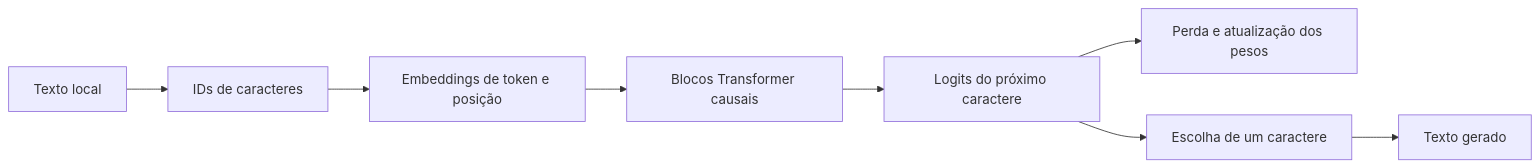
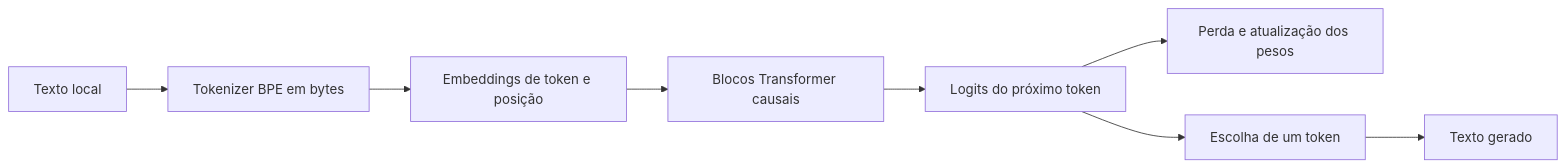
The diagram in README.md (MorningloryFox/LLM-From-Scratch), drawn with Mermaid before and after one commit. The commit also changed other lines of this file and 138 other files, not shown here.

````diff
--- a/README.md
+++ b/README.md
@@ -31,10 +33,10 @@
 ```mermaid
 flowchart LR
-    A[Texto local] --> B[IDs de caracteres]
+    A[Texto local] --> B[Tokenizer BPE em bytes]
     B --> C[Embeddings de token e posição]
     C --> D[Blocos Transformer causais]
-    D --> E[Logits do próximo caractere]
+    D --> E[Logits do próximo token]
     E --> F[Perda e atualização dos pesos]
-    E --> G[Escolha de um caractere]
+    E --> G[Escolha de um token]
     G --> H[Texto gerado]
 ```
````
